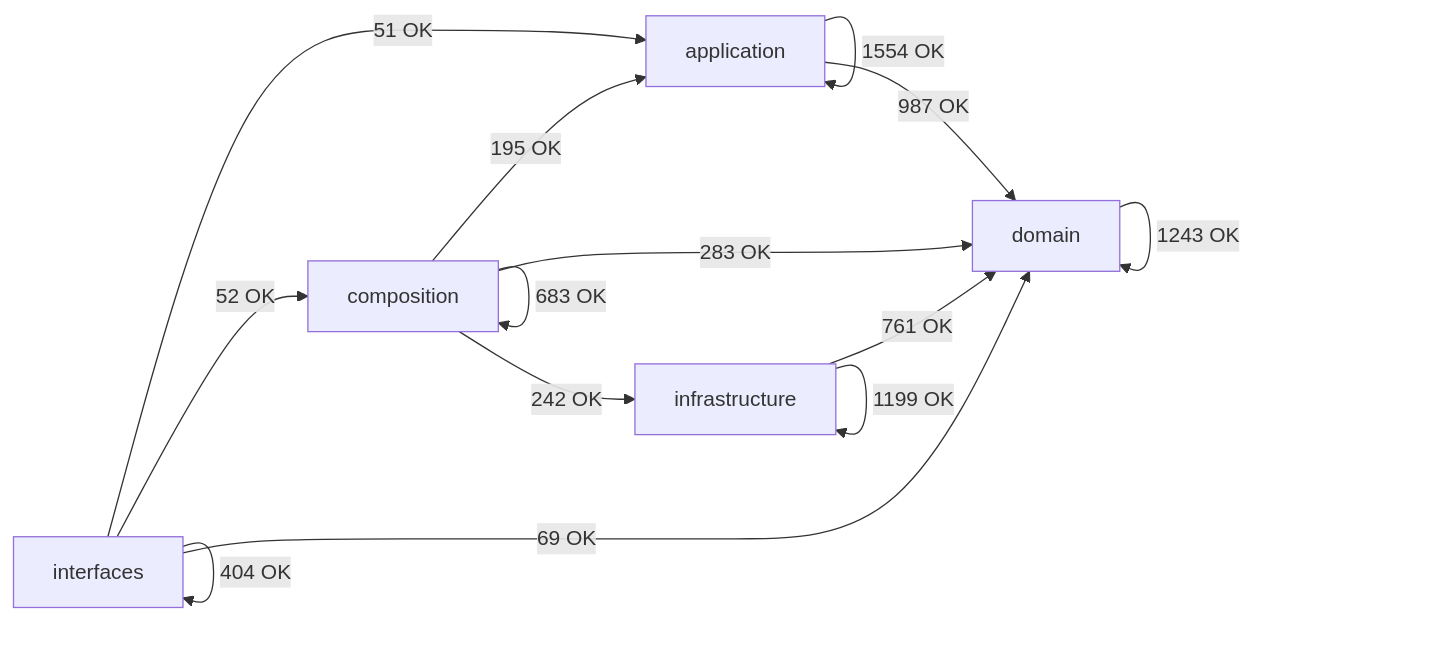
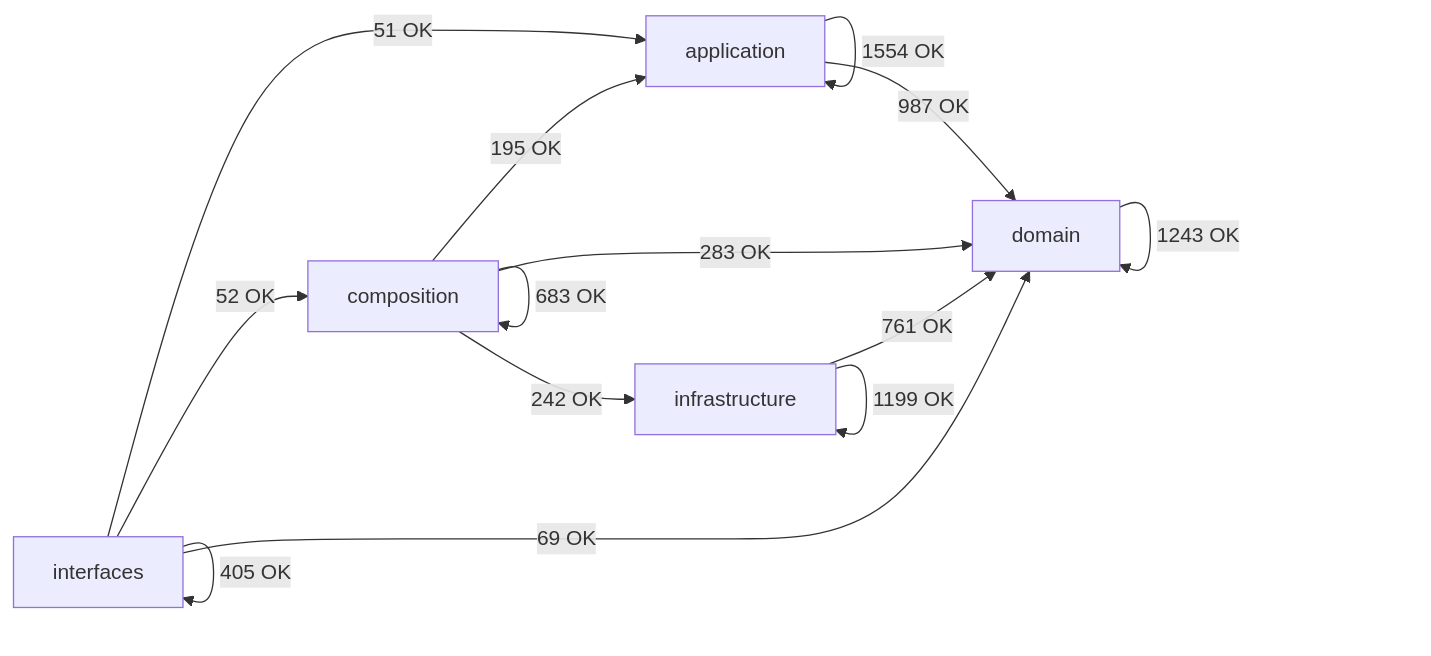
Before and after one commit to SatoryKono/BioactivityDataAcquisition: the diagram in docs/02-architecture/generated/module-dependency-map.md, drawn with Mermaid. The commit also changed other lines of this file and 24 other files, not shown here.

````diff
--- a/docs/02-architecture/generated/module-dependency-map.md
+++ b/docs/02-architecture/generated/module-dependency-map.md
@@ -17,21 +17,21 @@
 ```mermaid
 flowchart LR
     domain[domain]
     application[application]
     infrastructure[infrastructure]
     composition[composition]
     interfaces[interfaces]
     application -->|1554 OK| application
     application -->|987 OK| domain
     composition -->|195 OK| application
     composition -->|683 OK| composition
     composition -->|283 OK| domain
     composition -->|242 OK| infrastructure
     domain -->|1243 OK| domain
     infrastructure -->|761 OK| domain
     infrastructure -->|1199 OK| infrastructure
     interfaces -->|51 OK| application
     interfaces -->|52 OK| composition
     interfaces -->|69 OK| domain
-    interfaces -->|404 OK| interfaces
+    interfaces -->|405 OK| interfaces
 ```
````
